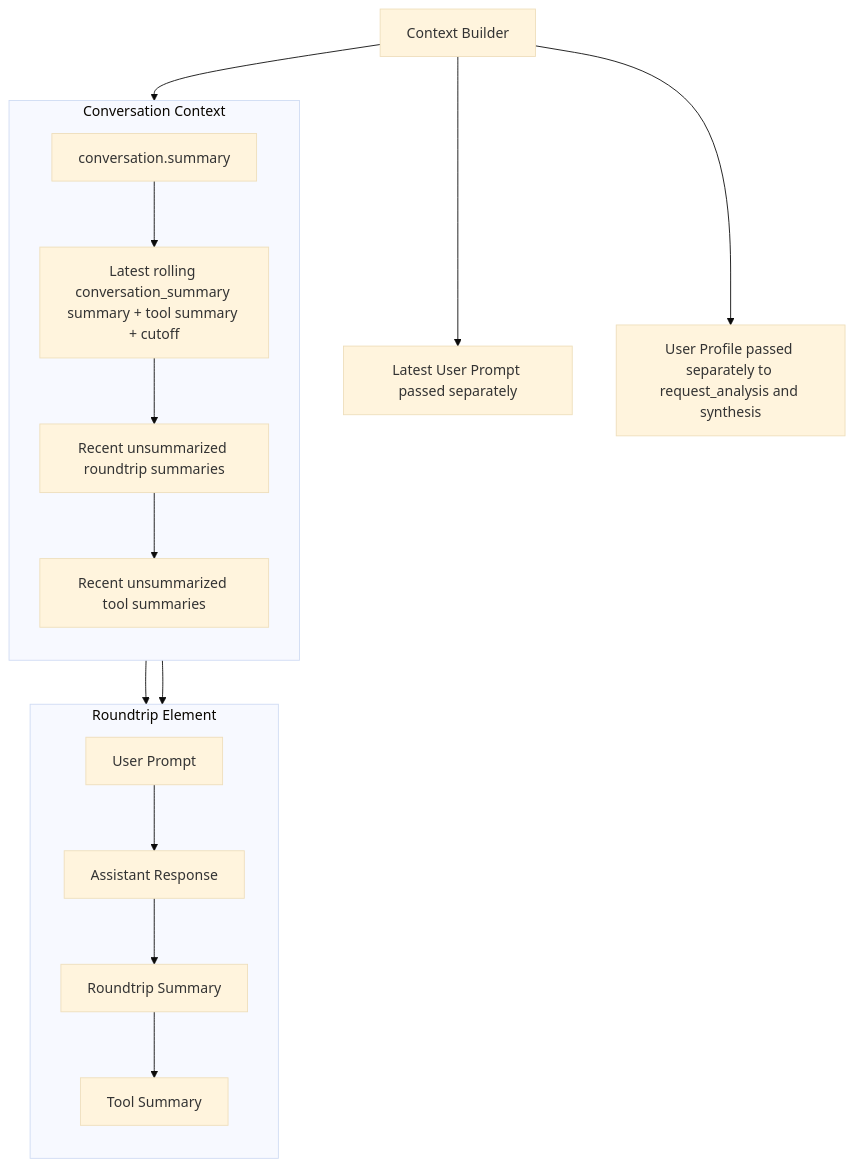
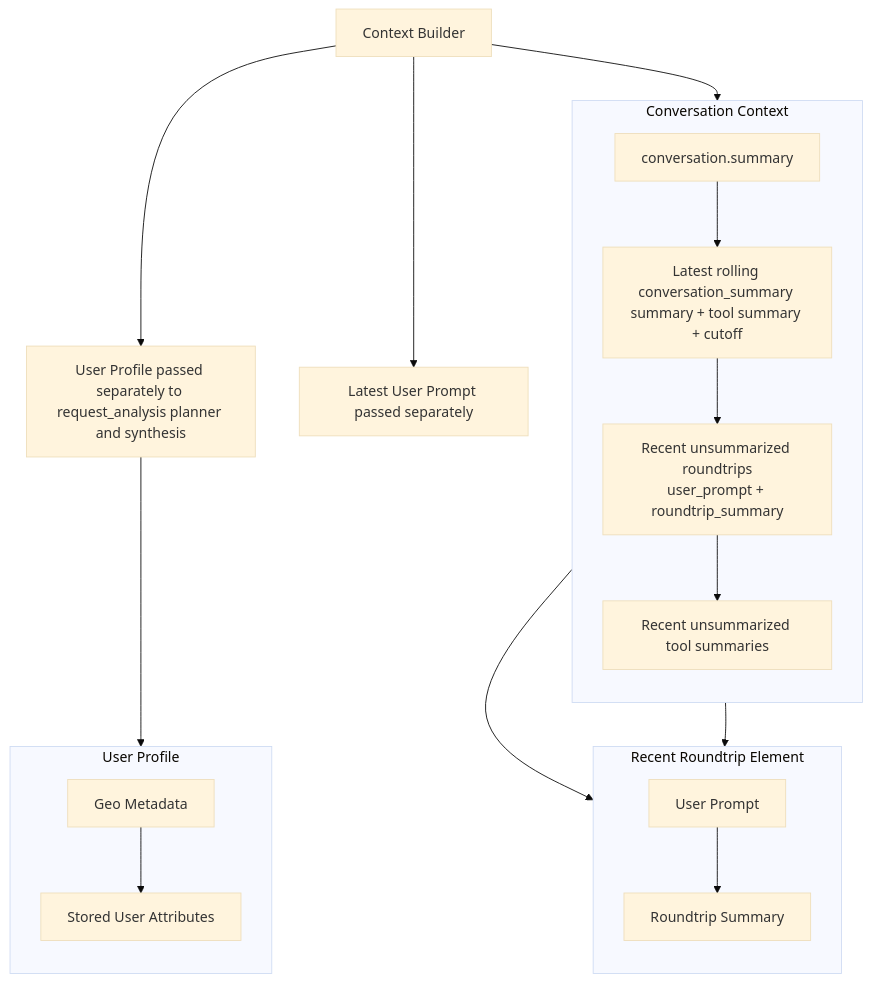
The second of 3 diagrams in README.md (mikeshutov/llm_poc), drawn with Mermaid (base theme) before and after one commit. The commit also changed other lines of this file, not shown here.

Commit message:
readme changes

````diff
--- a/README.md
+++ b/README.md
@@ -60,27 +61,34 @@
 ```mermaid
 flowchart TD
     A[Context Builder] --> B
     subgraph B[Conversation Context]
         direction TB
         M1["conversation.summary"]
         M2["Latest rolling conversation_summary summary + tool summary + cutoff"]
-        M3["Recent unsummarized roundtrip summaries"]
+        M3["Recent unsummarized roundtrips
+user_prompt + roundtrip_summary"]
         M4["Recent unsummarized tool summaries"]
         M1 --> M2 --> M3 --> M4
     end
 
     A --> D[Latest User Prompt passed separately]
-    A --> E[User Profile passed separately to request_analysis and synthesis]
+    A --> E[User Profile passed separately to request_analysis planner and synthesis]
 
-    subgraph C[Roundtrip Element]
+    subgraph C[Recent Roundtrip Element]
         direction TB
         N1["User Prompt"]
-        N2["Assistant Response"]
-        N3["Roundtrip Summary"]
-        N4["Tool Summary"]
-        N1 --> N2 --> N3 --> N4
+        N2["Roundtrip Summary"]
+        N1 --> N2
+    end
+
+    subgraph F[User Profile]
+        direction TB
+        P1["Geo Metadata"]
+        P2["Stored User Attributes"]
+        P1 --> P2
     end
 
     M3 --> C
     M4 --> C
+    E --> F
 ```
````
